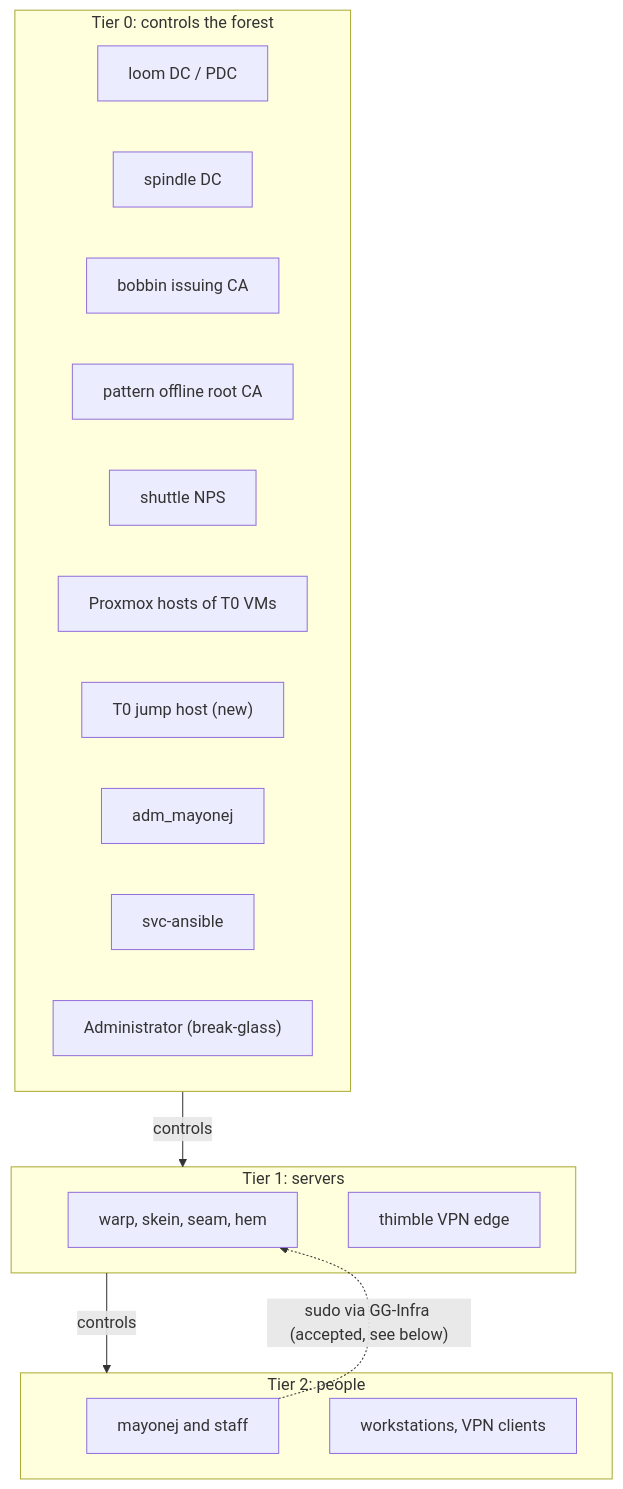
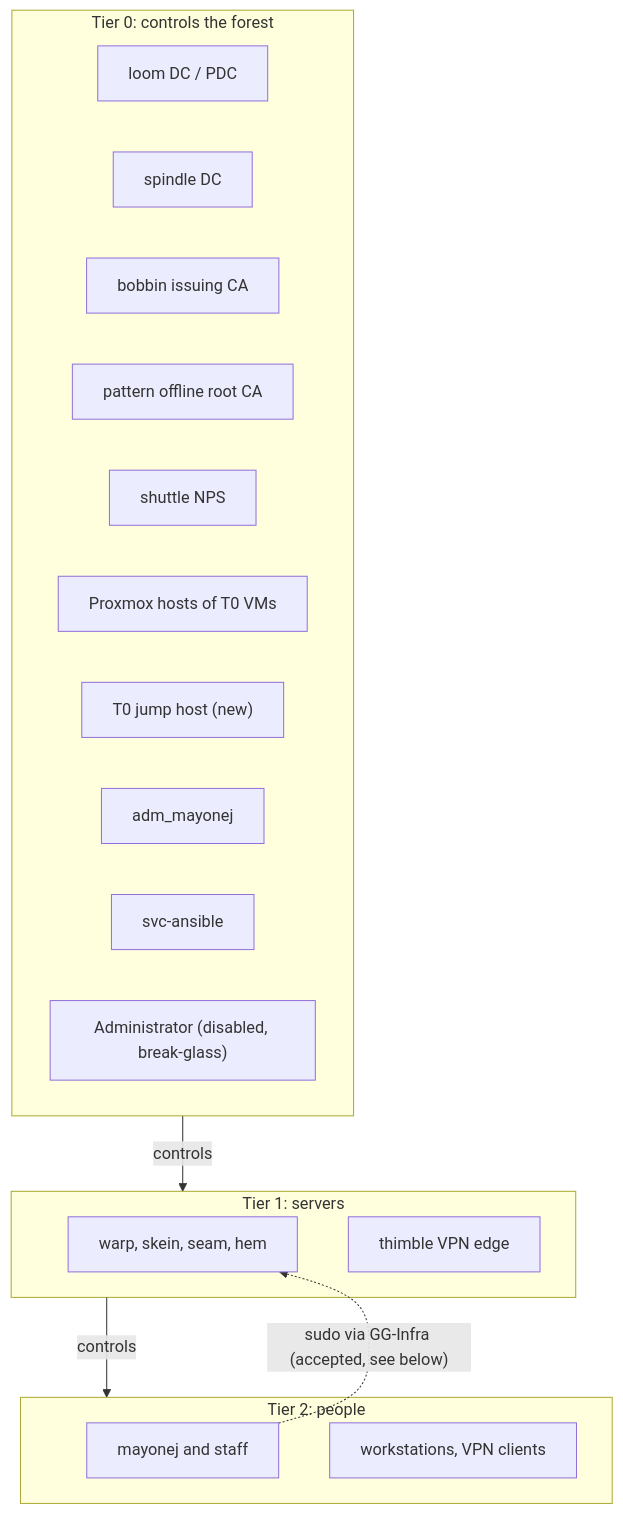
The first of 4 diagrams in ad/TIERING.md (patchworklabsorg/infra), drawn with Mermaid before and after one commit. The commit also changed other lines of this file, not shown here.

````diff
--- a/ad/TIERING.md
+++ b/ad/TIERING.md
@@ -83,25 +101,25 @@
 ```mermaid
 flowchart TB
   subgraph T0["Tier 0: controls the forest"]
     loom["loom DC / PDC"]
     spindle["spindle DC"]
     bobbin["bobbin issuing CA"]
     pattern["pattern offline root CA"]
     shuttle["shuttle NPS"]
     pve["Proxmox hosts of T0 VMs"]
     jump["T0 jump host (new)"]
     adm["adm_mayonej"]
     ans["svc-ansible"]
-    bg["Administrator (break-glass)"]
+    bg["Administrator (disabled, break-glass)"]
   end
   subgraph T1["Tier 1: servers"]
     nix["warp, skein, seam, hem"]
     thimble["thimble VPN edge"]
   end
   subgraph T2["Tier 2: people"]
     daily["mayonej and staff"]
     ws["workstations, VPN clients"]
   end
   T0 -->|controls| T1 -->|controls| T2
   daily -. "sudo via GG-Infra (accepted, see below)" .-> nix
 ```
````
